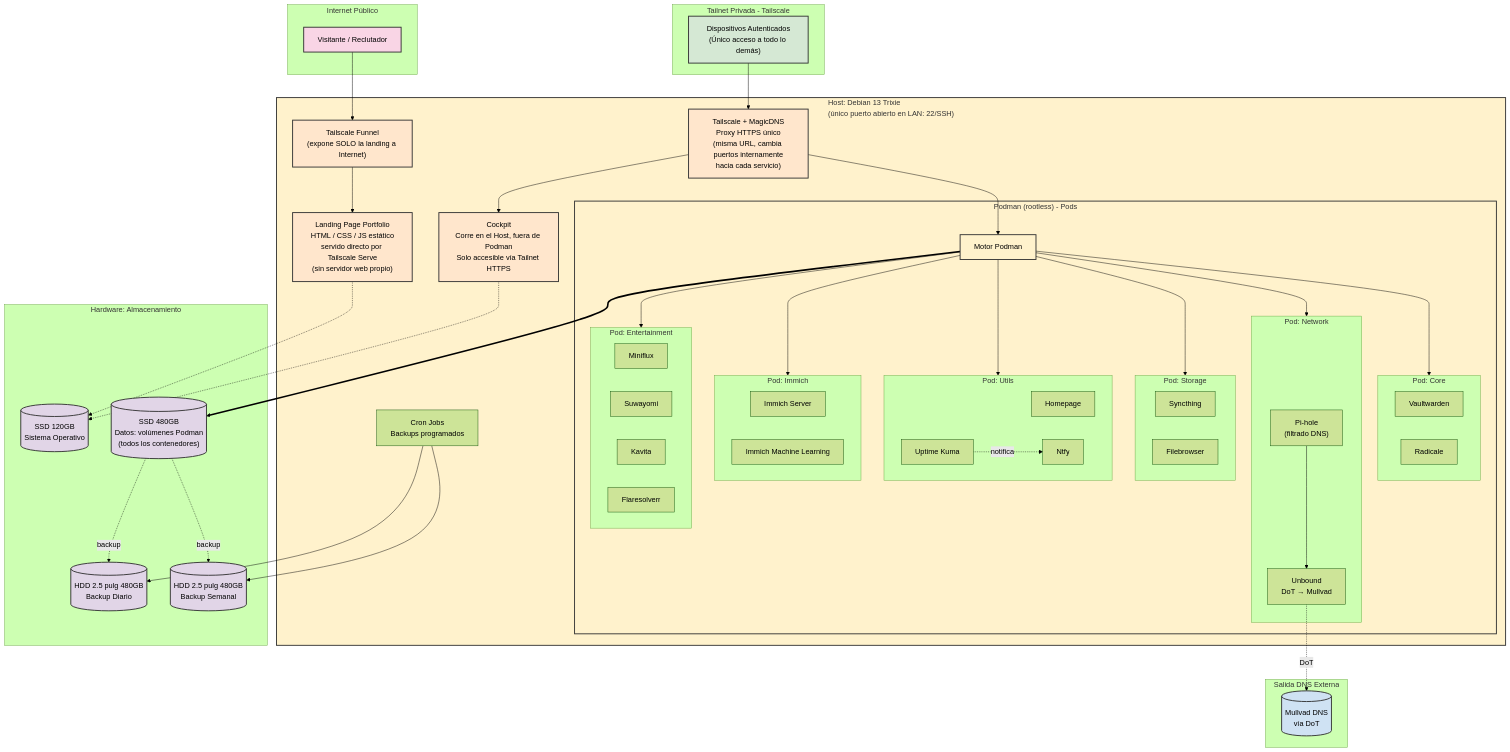
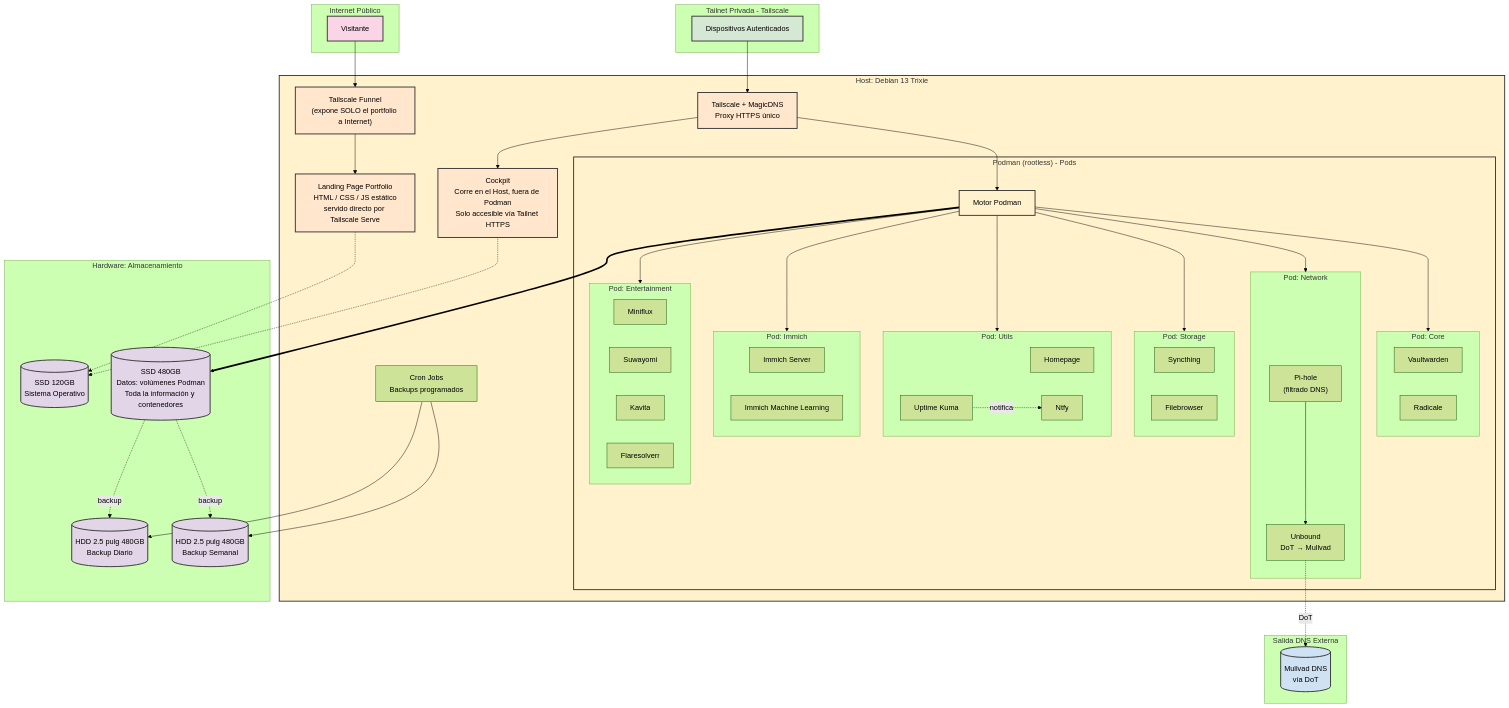
The diagram in md/sobre-el-servidor.md (ncorrea-13/homeserver-landing), drawn with Mermaid (forest theme) before and after one commit. The commit also changed 1 other file, not shown here.

Commit message:
refactor: actualizado mermaid

```diff
--- a/md/sobre-el-servidor.md
+++ b/md/sobre-el-servidor.md
@@ -27,19 +27,19 @@
 graph TD
 
     subgraph Internet_Publico ["Internet Público"]
-        Visitor["Visitante / Reclutador"]
+        Visitor["Visitante"]
     end
 
     subgraph Tailnet_Privada ["Tailnet Privada - Tailscale"]
-        Owner["Dispositivos Autenticados<br/>(Único acceso a todo lo demás)"]
+        Owner["Dispositivos Autenticados"]
     end
 
-    subgraph Host_Server ["Host: Debian 13 Trixie<br/>(único puerto abierto en LAN: 22/SSH)"]
+    subgraph Host_Server ["Host: Debian 13 Trixie"]
 
-        TSFunnel["Tailscale Funnel<br/>(expone SOLO la landing a Internet)"]
-        TSServe["Tailscale + MagicDNS<br/>Proxy HTTPS único<br/>(misma URL, cambia puertos internamente<br/>hacia cada servicio)"]
+        TSFunnel["Tailscale Funnel<br/>(expone SOLO el portfolio a Internet)"]
+        TSServe["Tailscale + MagicDNS<br/>Proxy HTTPS único"]
 
-        Landing["Landing Page Portfolio<br/>HTML / CSS / JS estático<br/>servido directo por Tailscale Serve<br/>(sin servidor web propio)"]
+        Landing["Landing Page Portfolio<br/>HTML / CSS / JS estático<br/>servido directo por Tailscale Serve"]
 
         Cockpit["Cockpit<br/>Corre en el Host, fuera de Podman<br/>Solo accesible vía Tailnet HTTPS"]
 
@@ -87,7 +87,7 @@
 
     subgraph Almacenamiento ["Hardware: Almacenamiento"]
         SSD_OS[("SSD 120GB<br/>Sistema Operativo")]
-        SSD_Data[("SSD 480GB<br/>Datos: volúmenes Podman<br/>(todos los contenedores)")]
+        SSD_Data[("SSD 480GB<br/>Datos: volúmenes Podman<br/>Toda la información y contenedores")]
         HDD_Daily[("HDD 2.5 pulg 480GB<br/>Backup Diario")]
         HDD_Weekly[("HDD 2.5 pulg 480GB<br/>Backup Semanal")]
     end
```
